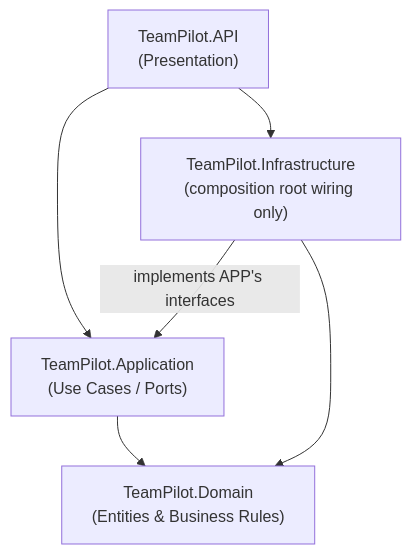
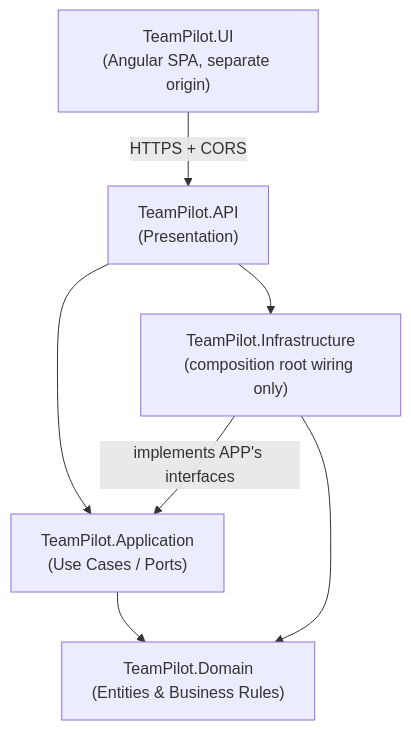
Before and after one commit to johncarlo-ph/TeamPilot: the first of 2 diagrams in README.md, drawn with Mermaid. The commit also changed other lines of this file and 108 other files, not shown here.

````diff
--- a/README.md
+++ b/README.md
@@ -131,8 +156,9 @@
 ```mermaid
 graph TD
-    API["TeamPilot.API<br/>(Presentation)"] --> APP["TeamPilot.Application<br/>(Use Cases / Ports)"]
+    UI["TeamPilot.UI<br/>(Angular SPA, separate origin)"] -->|HTTPS + CORS| API["TeamPilot.API<br/>(Presentation)"]
+    API --> APP["TeamPilot.Application<br/>(Use Cases / Ports)"]
     API --> INFRA["TeamPilot.Infrastructure<br/>(composition root wiring only)"]
     INFRA -->|implements APP's interfaces| APP
     APP --> DOM["TeamPilot.Domain<br/>(Entities & Business Rules)"]
     INFRA --> DOM
 ```
````
